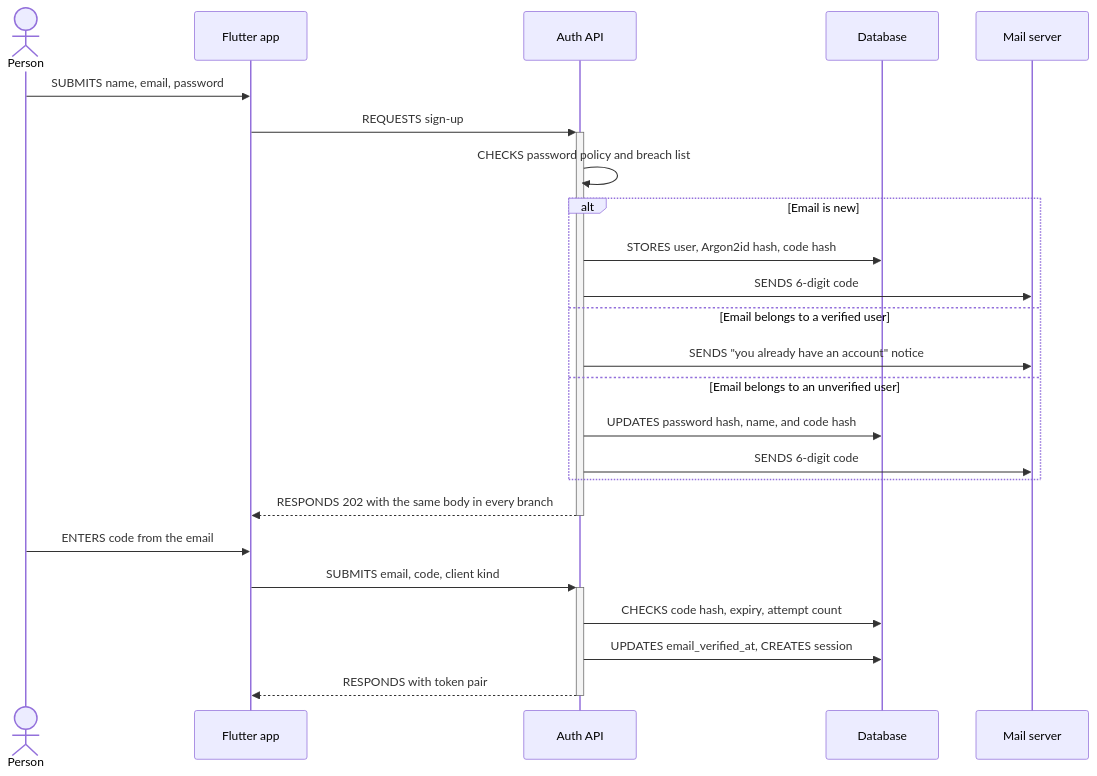
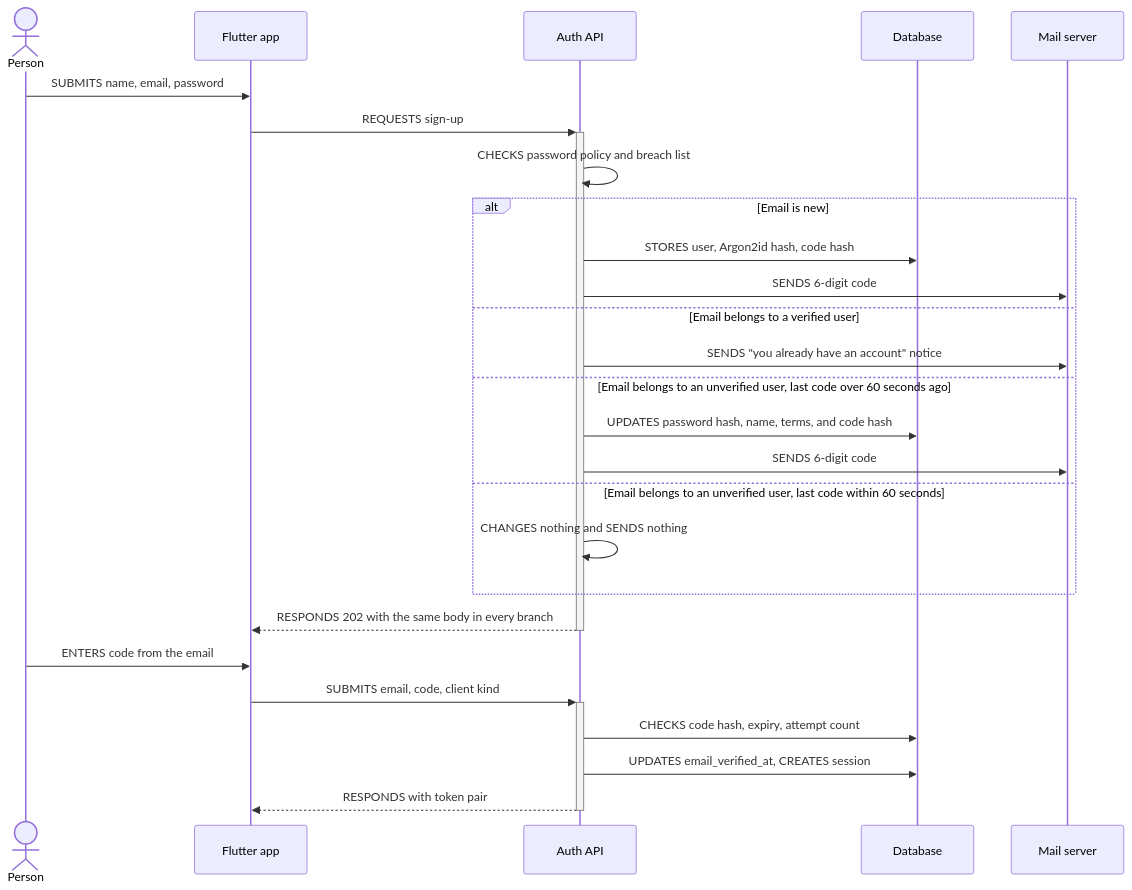
One commit to fam-tung-lam/job_status_found changed the second of 6 diagrams in ai/specs/18_09_2026__auth/18_09_2026__auth-specification.md. Above: the diagram before and after it, drawn with Mermaid. The commit also changed other lines of this file and 119 other files, not shown here.

Commit message:
feat(backend): add email sign-up with verification code

````diff
--- a/ai/specs/18_09_2026__auth/18_09_2026__auth-specification.md
+++ b/ai/specs/18_09_2026__auth/18_09_2026__auth-specification.md
@@ -266,29 +266,31 @@
 ```mermaid
 sequenceDiagram
     actor Person
     participant FlutterApp as Flutter app
     participant AuthApi as Auth API
     participant Database
     participant MailServer as Mail server
     Person ->> FlutterApp: SUBMITS name, email, password
     FlutterApp ->>+ AuthApi: REQUESTS sign-up
     AuthApi ->> AuthApi: CHECKS password policy and breach list
 
     alt Email is new
         AuthApi ->> Database: STORES user, Argon2id hash, code hash
         AuthApi ->> MailServer: SENDS 6-digit code
     else Email belongs to a verified user
         AuthApi ->> MailServer: SENDS "you already have an account" notice
-    else Email belongs to an unverified user
-        AuthApi ->> Database: UPDATES password hash, name, and code hash
+    else Email belongs to an unverified user, last code over 60 seconds ago
+        AuthApi ->> Database: UPDATES password hash, name, terms, and code hash
         AuthApi ->> MailServer: SENDS 6-digit code
+    else Email belongs to an unverified user, last code within 60 seconds
+        AuthApi ->> AuthApi: CHANGES nothing and SENDS nothing
     end
 
     AuthApi -->> FlutterApp: RESPONDS 202 with the same body in every branch
     deactivate AuthApi
     Person ->> FlutterApp: ENTERS code from the email
     FlutterApp ->>+ AuthApi: SUBMITS email, code, client kind
     AuthApi ->> Database: CHECKS code hash, expiry, attempt count
     AuthApi ->> Database: UPDATES email_verified_at, CREATES session
     AuthApi -->>- FlutterApp: RESPONDS with token pair
 ```
````
